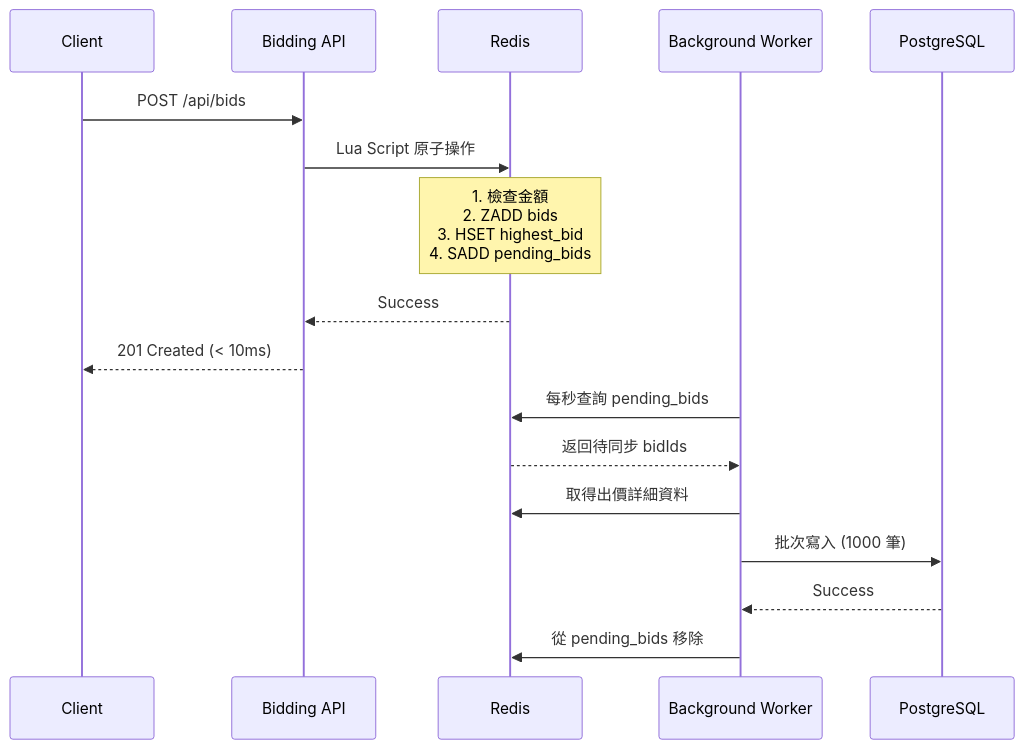
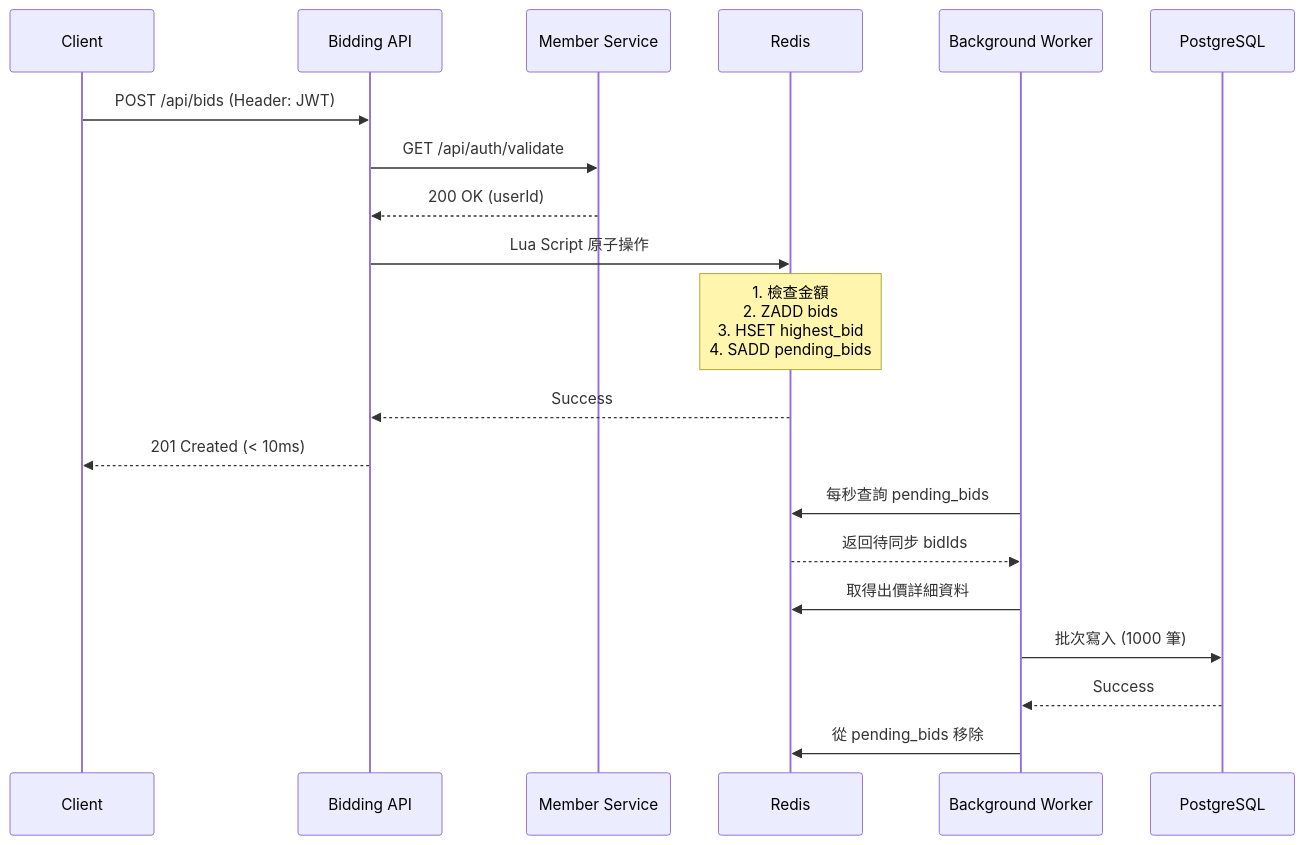
The first of 2 diagrams in specs/003-bidding-service/data-model.md (tsengpeter/AuctionService), drawn with Mermaid before and after one commit. The commit also changed 14 other files, not shown here.

````diff
--- a/specs/003-bidding-service/data-model.md
+++ b/specs/003-bidding-service/data-model.md
@@ -358,21 +358,24 @@
 ```mermaid
 sequenceDiagram
     participant C as Client
     participant API as Bidding API
+    participant MS as Member Service
     participant R as Redis
     participant W as Background Worker
     participant DB as PostgreSQL
     
-    C->>API: POST /api/bids
+    C->>API: POST /api/bids (Header: JWT)
+    API->>MS: GET /api/auth/validate
+    MS-->>API: 200 OK (userId)
     API->>R: Lua Script 原子操作
     Note over R: 1. 檢查金額<br/>2. ZADD bids<br/>3. HSET highest_bid<br/>4. SADD pending_bids
     R-->>API: Success
     API-->>C: 201 Created (< 10ms)
     
     W->>R: 每秒查詢 pending_bids
     R-->>W: 返回待同步 bidIds
     W->>R: 取得出價詳細資料
     W->>DB: 批次寫入 (1000 筆)
     DB-->>W: Success
     W->>R: 從 pending_bids 移除
 ```
````
